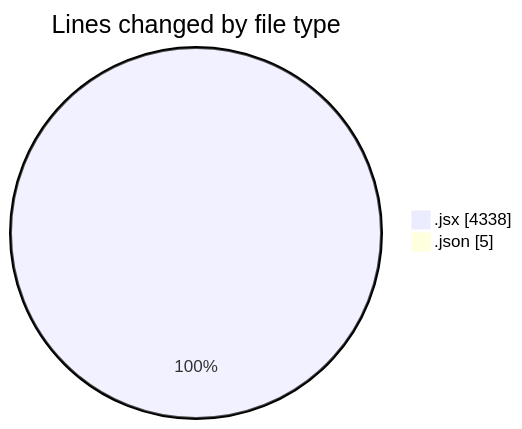
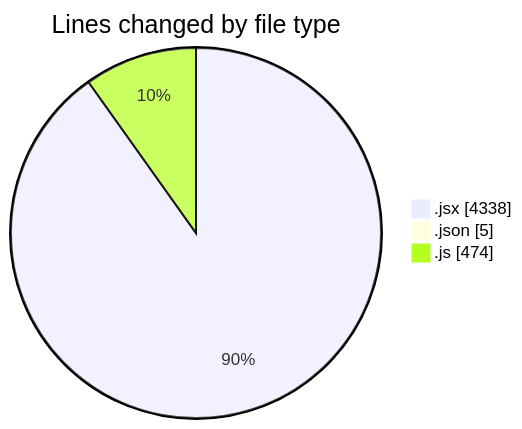
One commit to nxtqubesakshisongat/code-tracking changed the first of 2 diagrams in 2025-11-18/nxtqube_webapp/README.md. Above: the diagram before and after it, drawn with Mermaid. The commit also changed other lines of this file and 1 other file, not shown here.

````diff
--- a/2025-11-18/nxtqube_webapp/README.md
+++ b/2025-11-18/nxtqube_webapp/README.md
@@ -25,6 +26,7 @@
 ```mermaid
 pie showData
 title Lines changed by file type
 ".jsx" : 4338
 ".json" : 5
+".js" : 474
 ```
````
